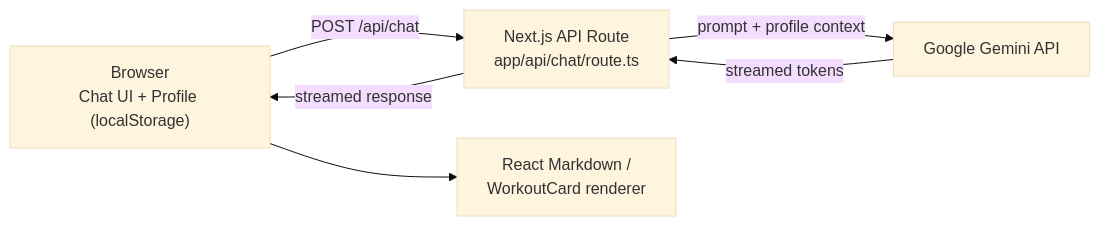
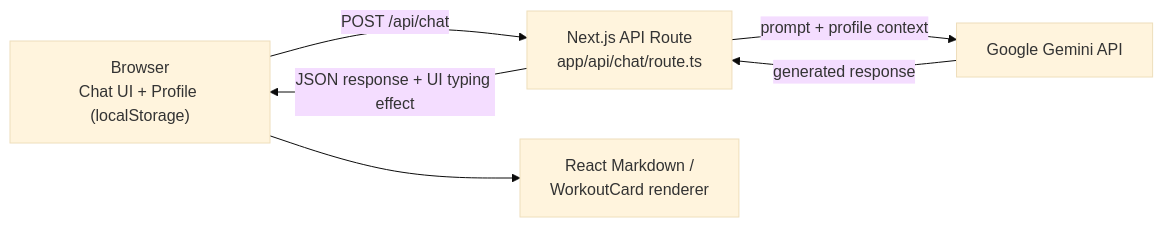
Before and after one commit to yashrajagawane/fitness-nutrition-chatbot: the diagram in README.md, drawn with Mermaid (base theme). The commit also changed other lines of this file and 7 other files, not shown here.

````diff
--- a/README.md
+++ b/README.md
@@ -185,8 +185,8 @@
 ```mermaid
 flowchart LR
     U["Browser<br/>Chat UI + Profile (localStorage)"] -->|"POST /api/chat"| R["Next.js API Route<br/>app/api/chat/route.ts"]
     R -->|"prompt + profile context"| G["Google Gemini API"]
-    G -->|"streamed tokens"| R
-    R -->|"streamed response"| U
+    G -->|"generated response"| R
+    R -->|"JSON response + UI typing effect"| U
     U --> M["React Markdown /<br/>WorkoutCard renderer"]
 ```
````
